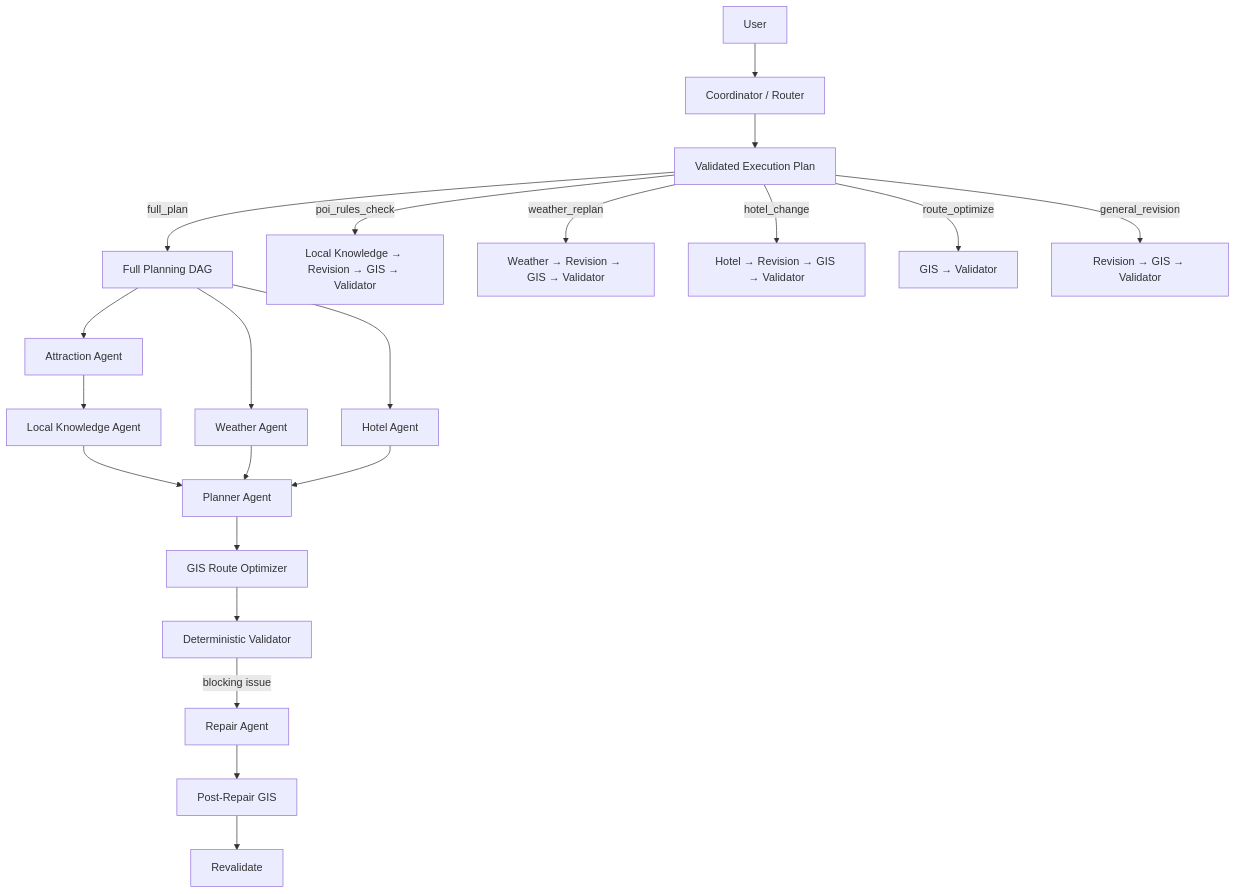
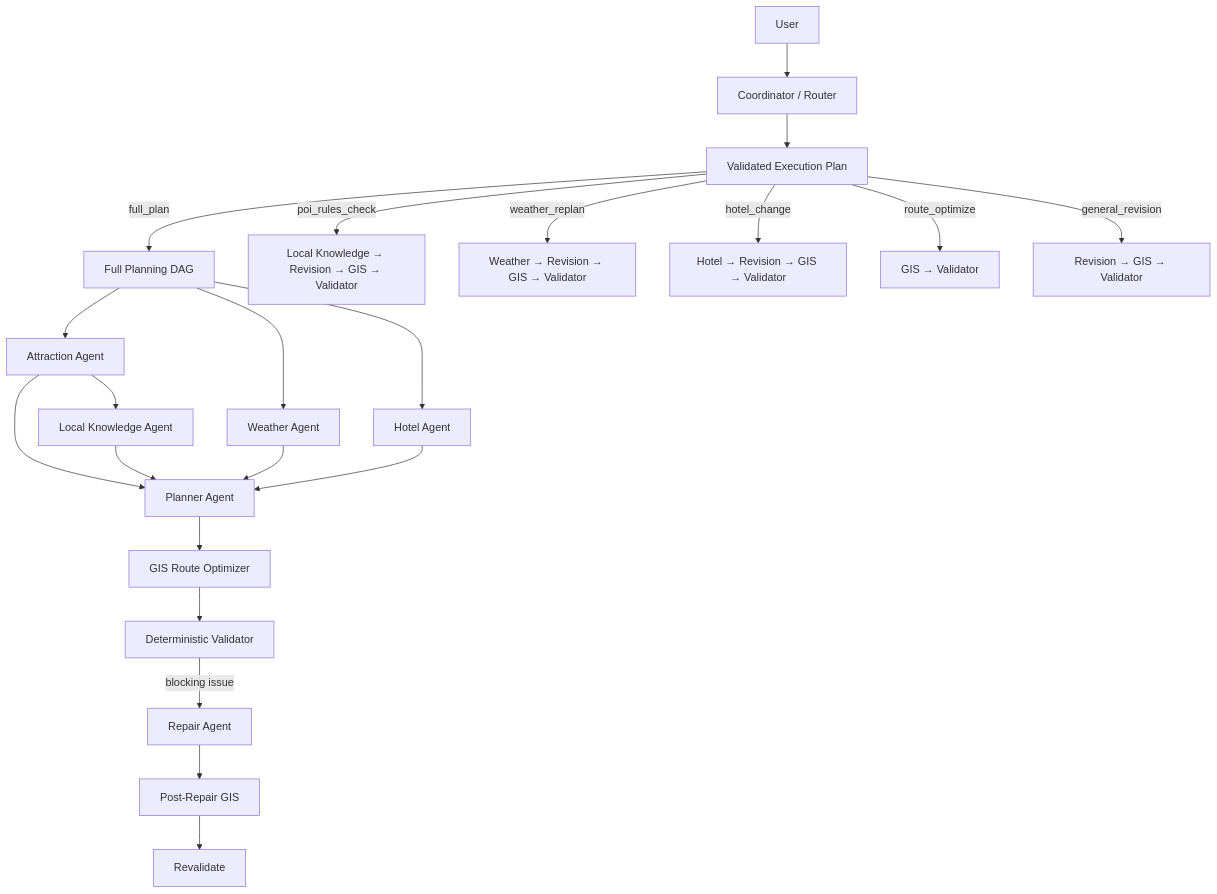
One commit to geomini1989-cpu/helloagents-trip-planner changed the diagram in README.md. Above: the diagram before and after it, drawn with Mermaid. The commit also changed other lines of this file, not shown here.

Commit message:
docs: reorganize trip planner README for onboarding and technical review

````diff
--- a/README.md
+++ b/README.md
@@ -38,25 +150,26 @@
 ```mermaid
 flowchart TD
     U[User] --> C[Coordinator / Router]
     C --> EP[Validated Execution Plan]
 
     EP -->|full_plan| FULL[Full Planning DAG]
     EP -->|poi_rules_check| KFLOW[Local Knowledge → Revision → GIS → Validator]
     EP -->|weather_replan| WFLOW[Weather → Revision → GIS → Validator]
     EP -->|hotel_change| HFLOW[Hotel → Revision → GIS → Validator]
     EP -->|route_optimize| RFLOW[GIS → Validator]
     EP -->|general_revision| REVFLOW[Revision → GIS → Validator]
 
     FULL --> A[Attraction Agent]
     FULL --> W[Weather Agent]
     FULL --> H[Hotel Agent]
     A --> LK[Local Knowledge Agent]
-    LK --> P[Planner Agent]
+    A --> P[Planner Agent]
+    LK --> P
     W --> P
     H --> P
     P --> GIS[GIS Route Optimizer]
     GIS --> V[Deterministic Validator]
     V -->|blocking issue| R[Repair Agent]
     R --> GIS2[Post-Repair GIS]
     GIS2 --> V2[Revalidate]
 ```
````
